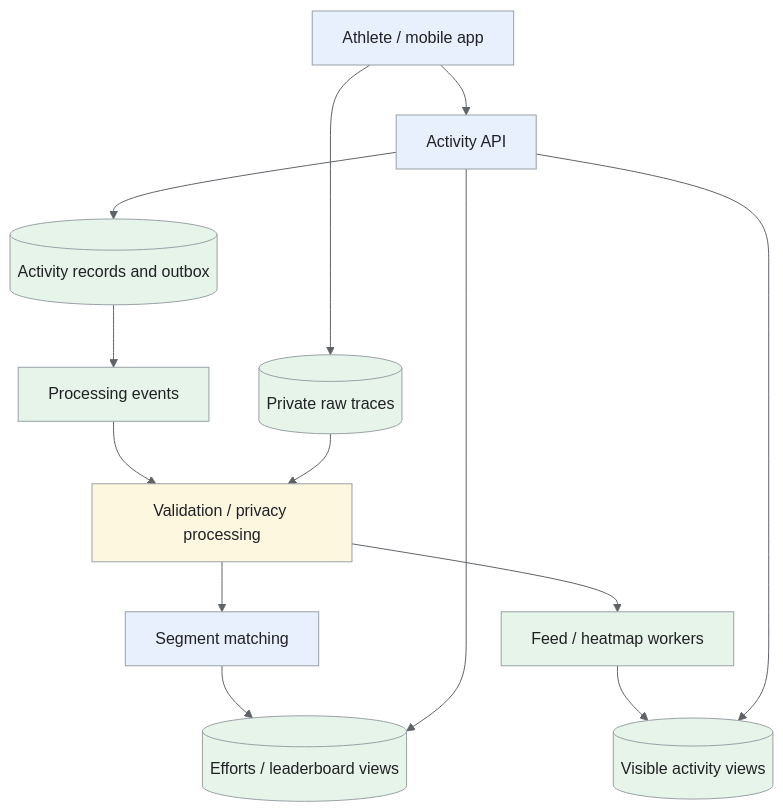
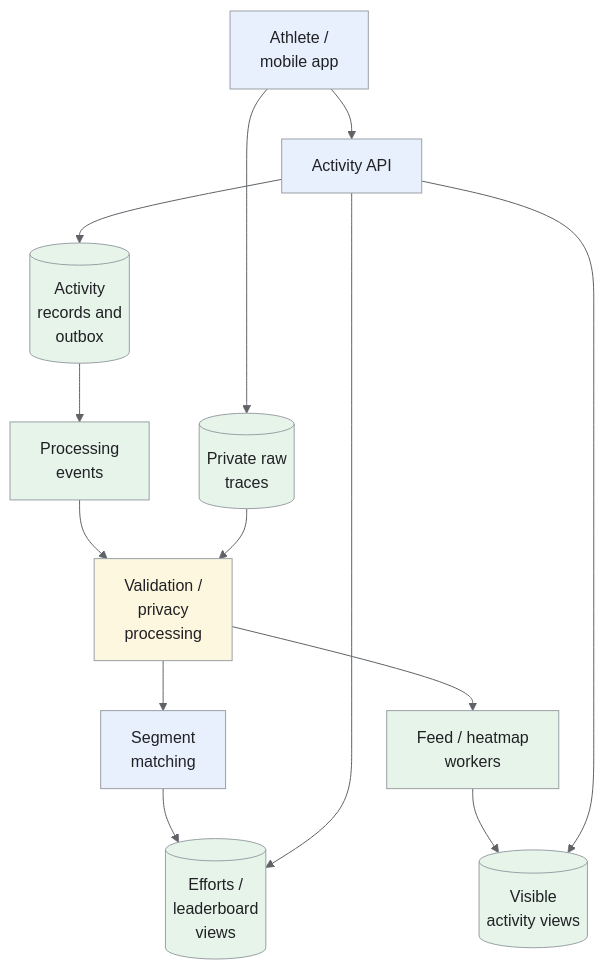
Before and after one commit to iliazlobin/iliazlobin.github.io: the first of 4 diagrams in _designs/system-design-strava.md, drawn with Mermaid. The commit also changed other lines of this file and 116 other files, not shown here.

````diff
--- a/_designs/system-design-strava.md
+++ b/_designs/system-design-strava.md
@@ -151,23 +151,23 @@
 ```mermaid
-%%{init: {'theme':'base','themeVariables':{'primaryColor':'#e8f0fe','primaryTextColor':'#202124','primaryBorderColor':'#9aa0a6','lineColor':'#5f6368','secondaryColor':'#e6f4ea','tertiaryColor':'#fef7e0','actorBkg':'#e8f0fe','actorBorder':'#9aa0a6','actorTextColor':'#202124','noteBkgColor':'#fef7e0','noteTextColor':'#202124','noteBorderColor':'#9aa0a6','signalColor':'#5f6368','signalTextColor':'#202124','labelBoxBkgColor':'#fef7e0','labelBoxBorderColor':'#9aa0a6'}}}%%
+%%{init: {"theme":"base","themeVariables":{"primaryColor":"#e8f0fe","primaryBorderColor":"#9aa0a6","primaryTextColor":"#202124","secondaryColor":"#e6f4ea","tertiaryColor":"#fef7e0","lineColor":"#5f6368","actorBkg":"#e8f0fe","actorBorder":"#9aa0a6","actorTextColor":"#202124","noteBkgColor":"#fef7e0","noteBorderColor":"#9aa0a6","noteTextColor":"#202124","signalColor":"#5f6368","signalTextColor":"#202124"}}}%%
 flowchart TB
-  U["Athlete / mobile app"] --> API["Activity API"]
-  U --> RAW[("Private raw traces")]
-  API --> DB[("Activity records and outbox")]
-  DB --> Q["Processing events"]
-  Q --> CLEAN["Validation / privacy processing"]
+  U["Athlete /<br>mobile app"] --> API["Activity API"]
+  U --> RAW[("Private raw<br>traces")]
+  API --> DB[("Activity<br>records and<br>outbox")]
+  DB --> Q["Processing<br>events"]
+  Q --> CLEAN["Validation /<br>privacy<br>processing"]
   RAW --> CLEAN
-  CLEAN --> MATCH["Segment matching"]
-  MATCH --> VIEWS[("Efforts / leaderboard views")]
-  CLEAN --> FEED["Feed / heatmap workers"]
-  FEED --> READ[("Visible activity views")]
+  CLEAN --> MATCH["Segment<br>matching"]
+  MATCH --> VIEWS[("Efforts /<br>leaderboard<br>views")]
+  CLEAN --> FEED["Feed / heatmap<br>workers"]
+  FEED --> READ[("Visible<br>activity views")]
   API --> VIEWS
   API --> READ
 classDef request fill:#e8f0fe,stroke:#9aa0a6,color:#202124;
 classDef data fill:#e6f4ea,stroke:#9aa0a6,color:#202124;
 classDef control fill:#fef7e0,stroke:#9aa0a6,color:#202124;
 class U,API,MATCH request;
 class RAW,DB,Q,VIEWS,FEED,READ data;
 class CLEAN control;
 
 ```
````
